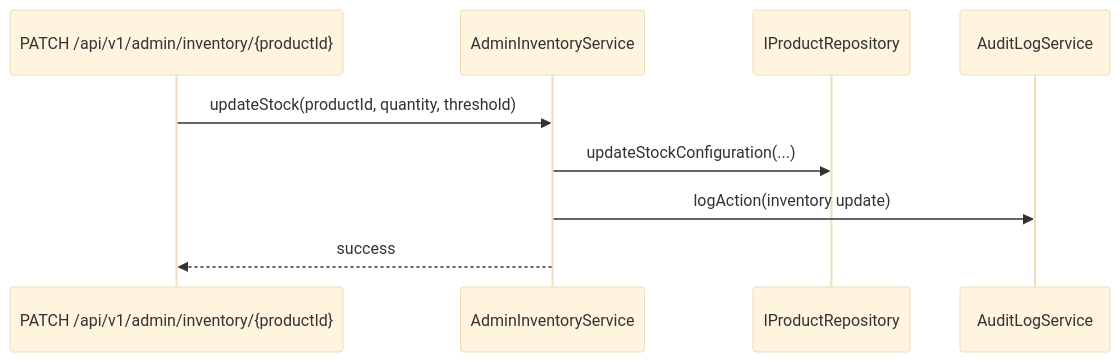
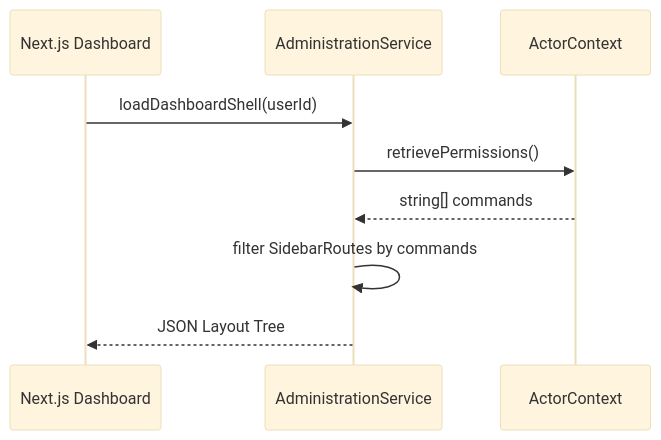
Before and after one commit to 3mrhussein/findeg: the diagram in packages/backend/src/features/administration/README.md, drawn with Mermaid (base theme). The commit also changed other lines of this file and 94 other files, not shown here.

Commit message:
refactor: migrate database schema to centralized directory and clean up legacy documentation and core infrastructure files

````diff
--- a/packages/backend/src/features/administration/README.md
+++ b/packages/backend/src/features/administration/README.md
@@ -36,11 +25,12 @@
 ```mermaid
 sequenceDiagram
-    participant API as PATCH /api/v1/admin/inventory/{productId}
-    participant Service as AdminInventoryService
-    participant Repo as IProductRepository
-    participant Audit as AuditLogService
-    API->>Service: updateStock(productId, quantity, threshold)
-    Service->>Repo: updateStockConfiguration(...)
-    Service->>Audit: logAction(inventory update)
-    Service-->>API: success
+    participant NextAdmin as Next.js Dashboard
+    participant AS as AdministrationService
+    participant Ctx as ActorContext
+
+    NextAdmin->>AS: loadDashboardShell(userId)
+    AS->>Ctx: retrievePermissions()
+    Ctx-->>AS: string[] commands
+    AS->>AS: filter SidebarRoutes by commands
+    AS-->>NextAdmin: JSON Layout Tree
 ```
````
